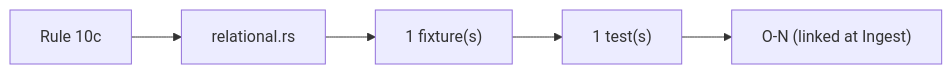
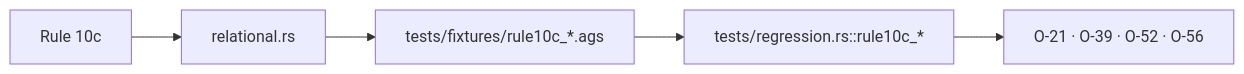
Before and after one commit to niko86/laterite: the first of 2 diagrams in ags-wiki/rules/rule-10c-parent-child.md, drawn with Mermaid. The commit also changed other lines of this file and 17 other files, not shown here.

````diff
--- a/ags-wiki/rules/rule-10c-parent-child.md
+++ b/ags-wiki/rules/rule-10c-parent-child.md
@@ -40,4 +47,4 @@
 ```mermaid
 flowchart LR
-  R["Rule 10c"] --> I["relational.rs"] --> F["1 fixture(s)"] --> T["1 test(s)"] --> O["O-N (linked at Ingest)"]
+  R["Rule 10c"] --> I["relational.rs"] --> F["tests/fixtures/rule10c_*.ags"] --> T["tests/regression.rs::rule10c_*"] --> O["O-21 · O-39 · O-52 · O-56"]
 ```
````
